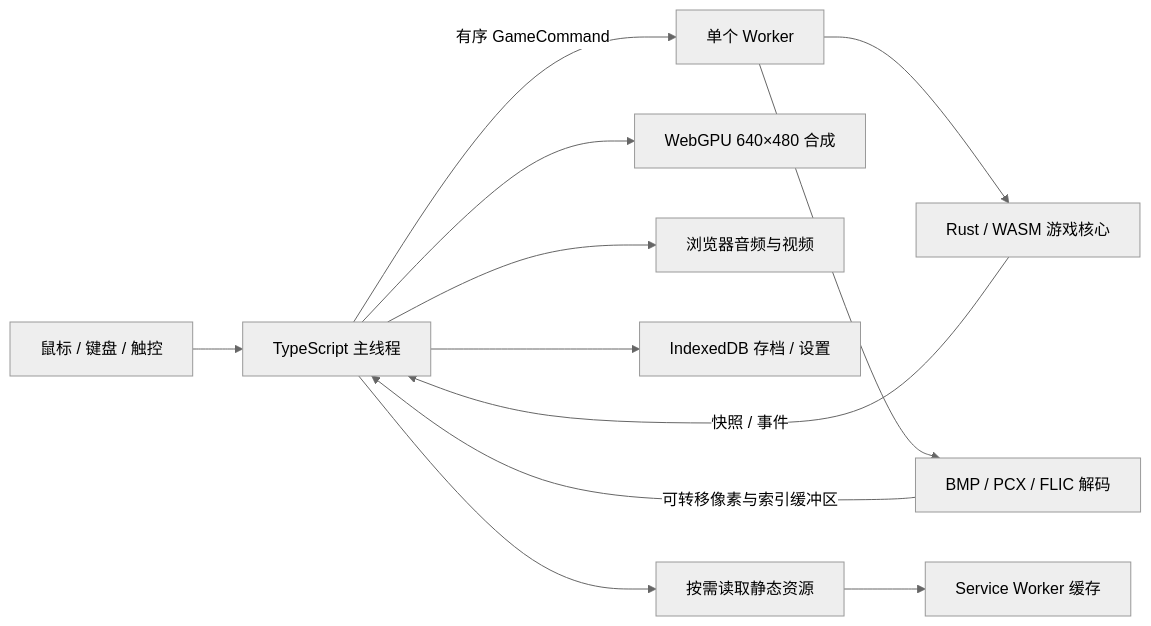
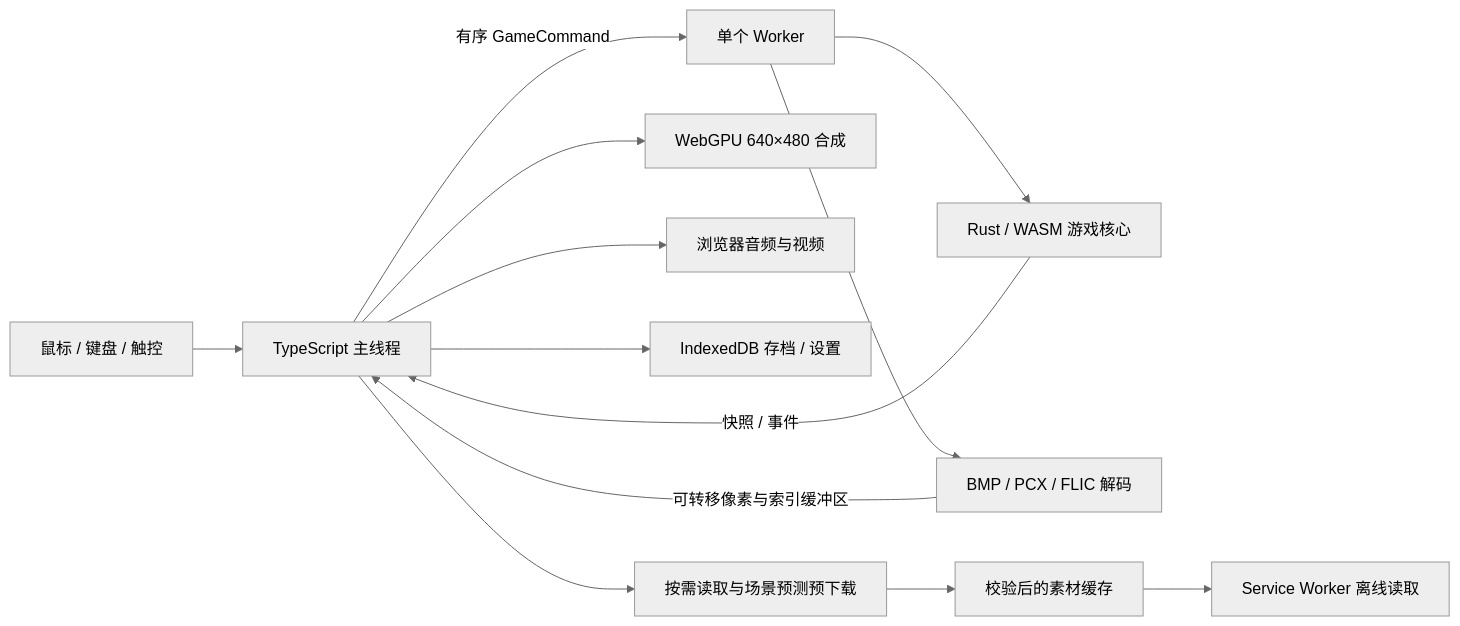
The diagram in docs/architecture.md (hr567/VirtualLife), drawn with Mermaid (neutral theme) before and after one commit. The commit also changed other lines of this file and 13 other files, not shown here.

````diff
--- a/docs/architecture.md
+++ b/docs/architecture.md
@@ -5,14 +5,15 @@
 ```mermaid
 flowchart LR
   Input[鼠标 / 键盘 / 触控] --> Main[TypeScript 主线程]
   Main -->|有序 GameCommand| Worker[单个 Worker]
   Worker --> Core[Rust / WASM 游戏核心]
   Core -->|快照 / 事件| Main
   Worker --> Decode[BMP / PCX / FLIC 解码]
   Decode -->|可转移像素与索引缓冲区| Main
   Main --> GPU[WebGPU 640×480 合成]
   Main --> Audio[浏览器音频与视频]
   Main --> IDB[IndexedDB 存档 / 设置]
-  Main --> Assets[按需读取静态资源]
-  Assets --> SW[Service Worker 缓存]
+  Main --> Assets[按需读取与场景预测预下载]
+  Assets --> Cache[校验后的素材缓存]
+  Cache --> SW[Service Worker 离线读取]
 ```
````
